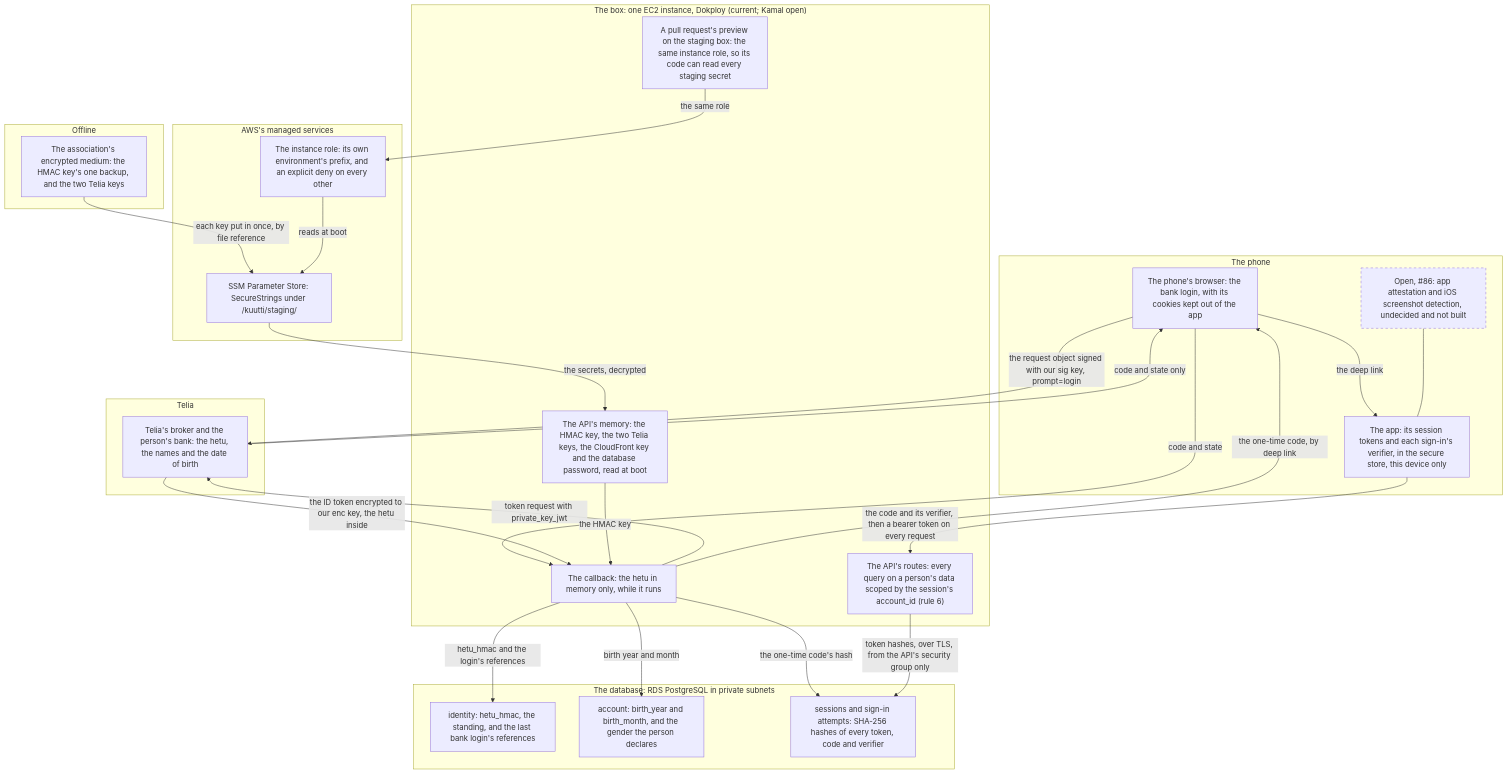
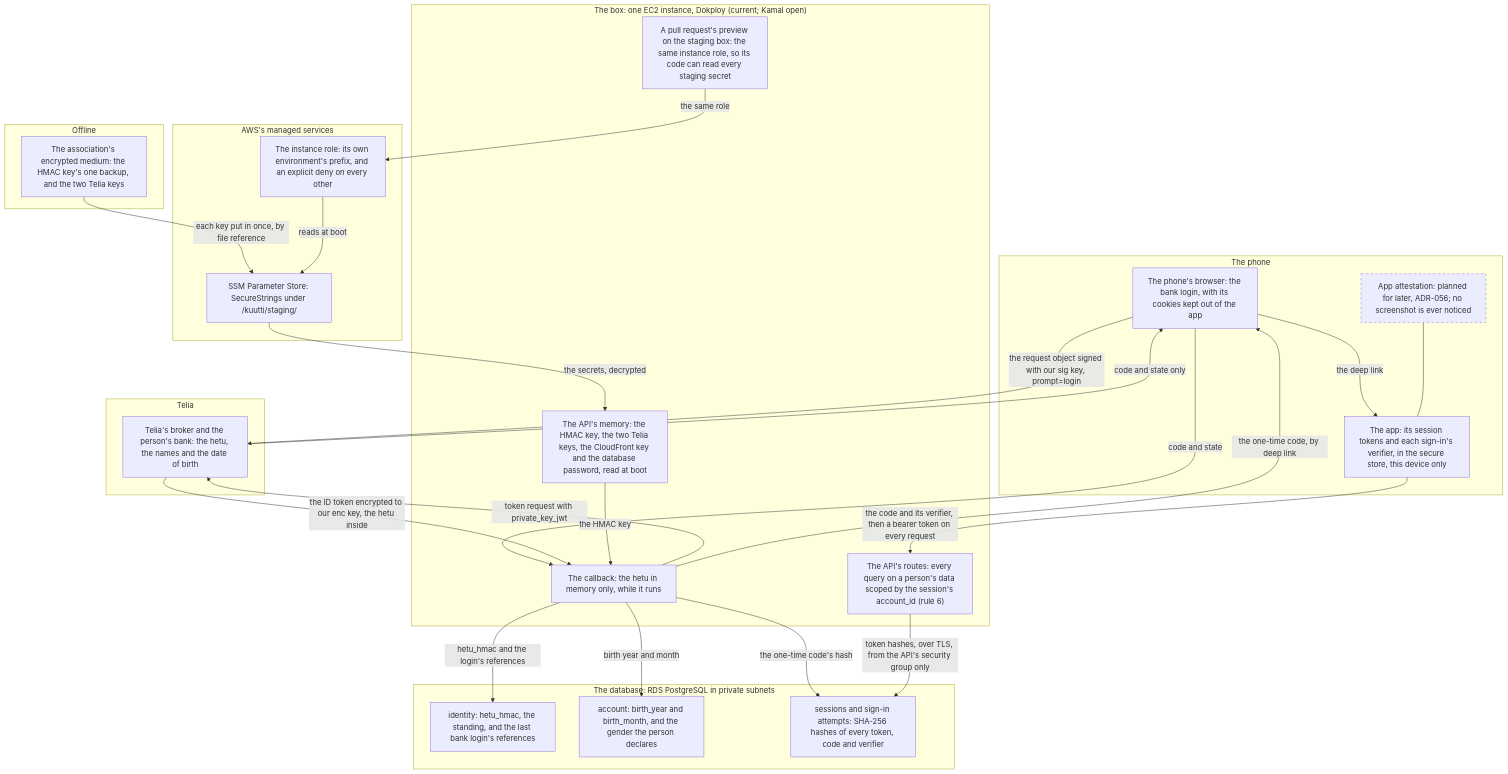
Before and after one commit to kuutti-ry/kuutti-app: the first of 2 diagrams in docs/architecture/trust.md, drawn with Mermaid. The commit also changed other lines of this file and 24 other files, not shown here.

````diff
--- a/docs/architecture/trust.md
+++ b/docs/architecture/trust.md
@@ -29,50 +29,50 @@
 ```mermaid
 flowchart TB
   accTitle: Data and trust boundaries, part 1: the person's identity and the secrets
   accDescr: The hetu travels from the bank through Telia to the API's callback inside an ID token encrypted to Kuutti's key, server to server, and never through the phone. In the callback's memory it becomes an HMAC under a key read from SSM, a year and month of birth and an age, and is dropped. The database keeps the HMAC, the year and month and the last login's references, and only hashes of tokens and codes. The phone keeps its own session tokens and each sign-in's verifier in its secure store. The instance role reads its own SSM prefix and is denied every other. A pull request's preview runs on the staging box under the same role, so its code can read every staging secret; the API's own code drops them, which is no boundary.
   subgraph phone["The phone"]
     b1["The app: its session tokens and each sign-in's verifier, in the secure store, this device only"]
     b2["The phone's browser: the bank login, with its cookies kept out of the app"]
-    b3["Open, #86: app attestation and iOS screenshot detection, undecided and not built"]:::notbuilt
+    b3["App attestation: planned for later, ADR-056; no screenshot is ever noticed"]:::notbuilt
   end
   subgraph telia["Telia"]
     b4["Telia's broker and the person's bank: the hetu, the names and the date of birth"]
   end
   subgraph box["The box: one EC2 instance, Dokploy (current; Kamal open)"]
     b5["The API's routes: every query on a person's data scoped by the session's account_id (rule 6)"]
     b6["The callback: the hetu in memory only, while it runs"]
     b7["The API's memory: the HMAC key, the two Telia keys, the CloudFront key and the database password, read at boot"]
     b8["A pull request's preview on the staging box: the same instance role, so its code can read every staging secret"]
   end
   subgraph aws["AWS's managed services"]
     b9["SSM Parameter Store: SecureStrings under /kuutti/staging/"]
     b10["The instance role: its own environment's prefix, and an explicit deny on every other"]
   end
   subgraph rds["The database: RDS PostgreSQL in private subnets"]
     b11["identity: hetu_hmac, the standing, and the last bank login's references"]
     b12["account: birth_year and birth_month, and the gender the person declares"]
     b13["sessions and sign-in attempts: SHA-256 hashes of every token, code and verifier"]
   end
   subgraph offline["Offline"]
     b14["The association's encrypted medium: the HMAC key's one backup, and the two Telia keys"]
   end
   b2 -->|"the request object signed with our sig key, prompt=login"| b4
   b4 -->|"code and state only"| b2
   b2 -->|"code and state"| b6
   b6 -->|"token request with private_key_jwt"| b4
   b4 -->|"the ID token encrypted to our enc key, the hetu inside"| b6
   b14 -->|"each key put in once, by file reference"| b9
   b10 -->|"reads at boot"| b9
   b9 -->|"the secrets, decrypted"| b7
   b7 -->|"the HMAC key"| b6
   b6 -->|"hetu_hmac and the login's references"| b11
   b6 -->|"birth year and month"| b12
   b6 -->|"the one-time code's hash"| b13
   b6 -->|"the one-time code, by deep link"| b2
   b2 -->|"the deep link"| b1
   b1 -->|"the code and its verifier, then a bearer token on every request"| b5
   b5 -->|"token hashes, over TLS, from the API's security group only"| b13
   b8 -->|"the same role"| b10
   b3 --- b1
   classDef notbuilt stroke-dasharray: 5 5
 ```
````
